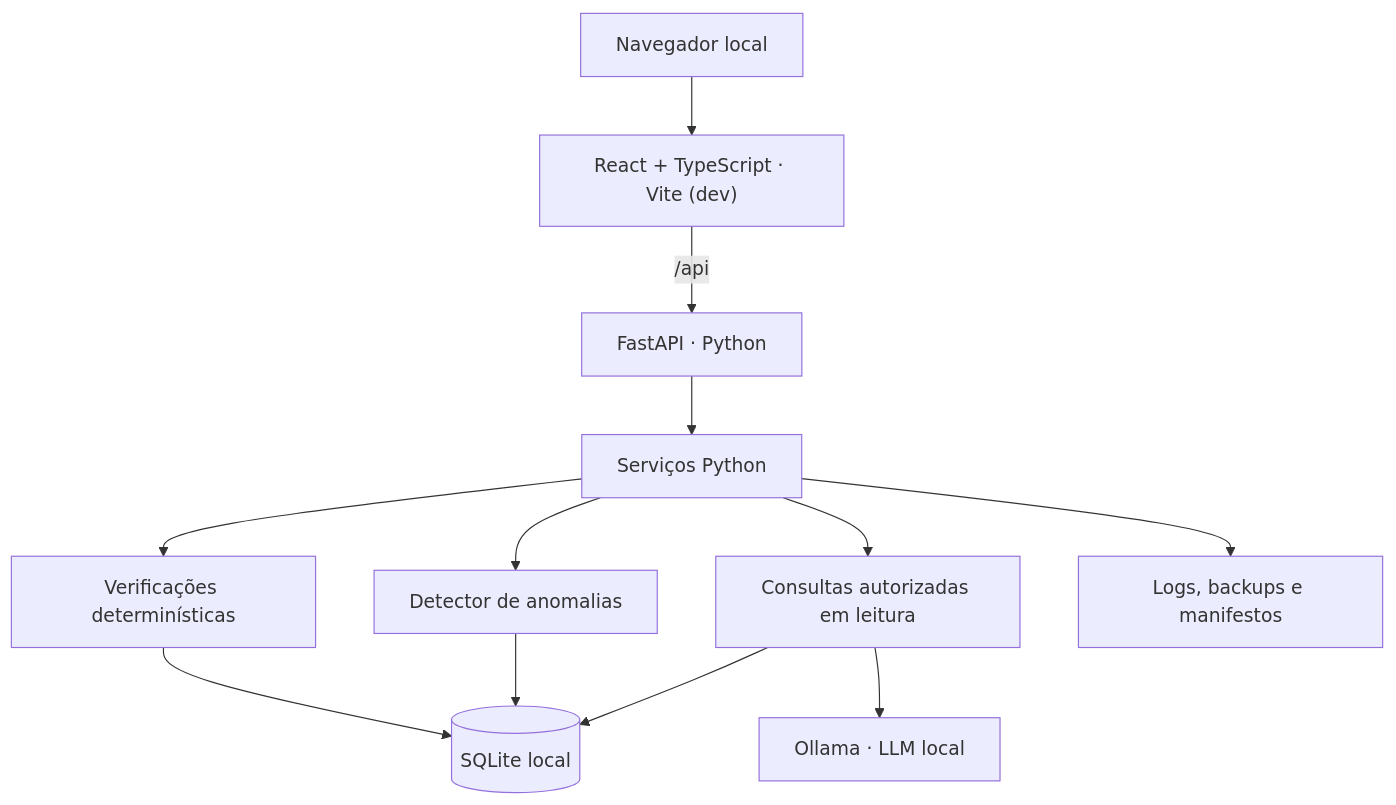
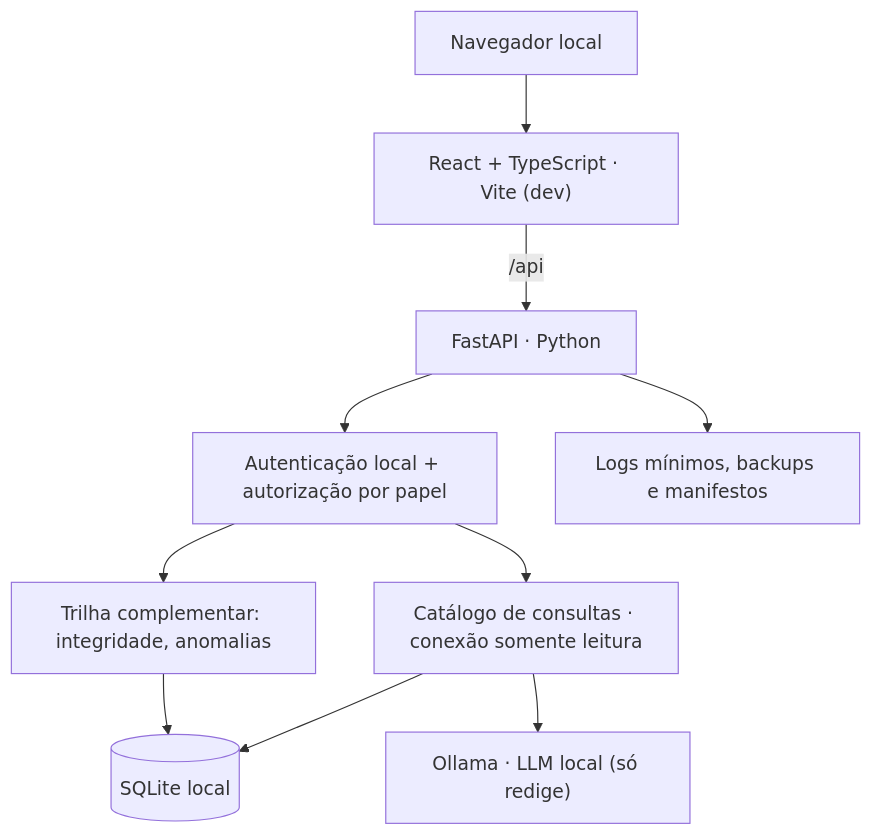
The diagram in docs/00-arquitetura-e-escopo.md (lianeheidemann/ai-privileged-access), drawn with Mermaid before and after one commit. The commit also changed other lines of this file and 15 other files, not shown here.

```diff
--- a/docs/00-arquitetura-e-escopo.md
+++ b/docs/00-arquitetura-e-escopo.md
@@ -53,14 +62,12 @@
 ~~~mermaid
 flowchart TD
     U["Navegador local"] --> R["React + TypeScript · Vite (dev)"]
     R -->|"/api"| F["FastAPI · Python"]
-    F --> S["Serviços Python"]
-    S --> I["Verificações determinísticas"]
-    S --> A["Detector de anomalias"]
-    S --> Q["Consultas autorizadas em leitura"]
-    I --> DB[("SQLite local")]
-    A --> DB
-    Q --> DB
-    Q --> LLM["Ollama · LLM local"]
-    S --> E["Logs, backups e manifestos"]
+    F --> Z["Autenticação local + autorização por papel"]
+    Z --> Q["Catálogo de consultas · conexão somente leitura"]
+    Q --> DB[("SQLite local")]
+    Q --> LLM["Ollama · LLM local (só redige)"]
+    Z --> S["Trilha complementar: integridade, anomalias"]
+    S --> DB
+    F --> E["Logs mínimos, backups e manifestos"]
 ~~~
```
